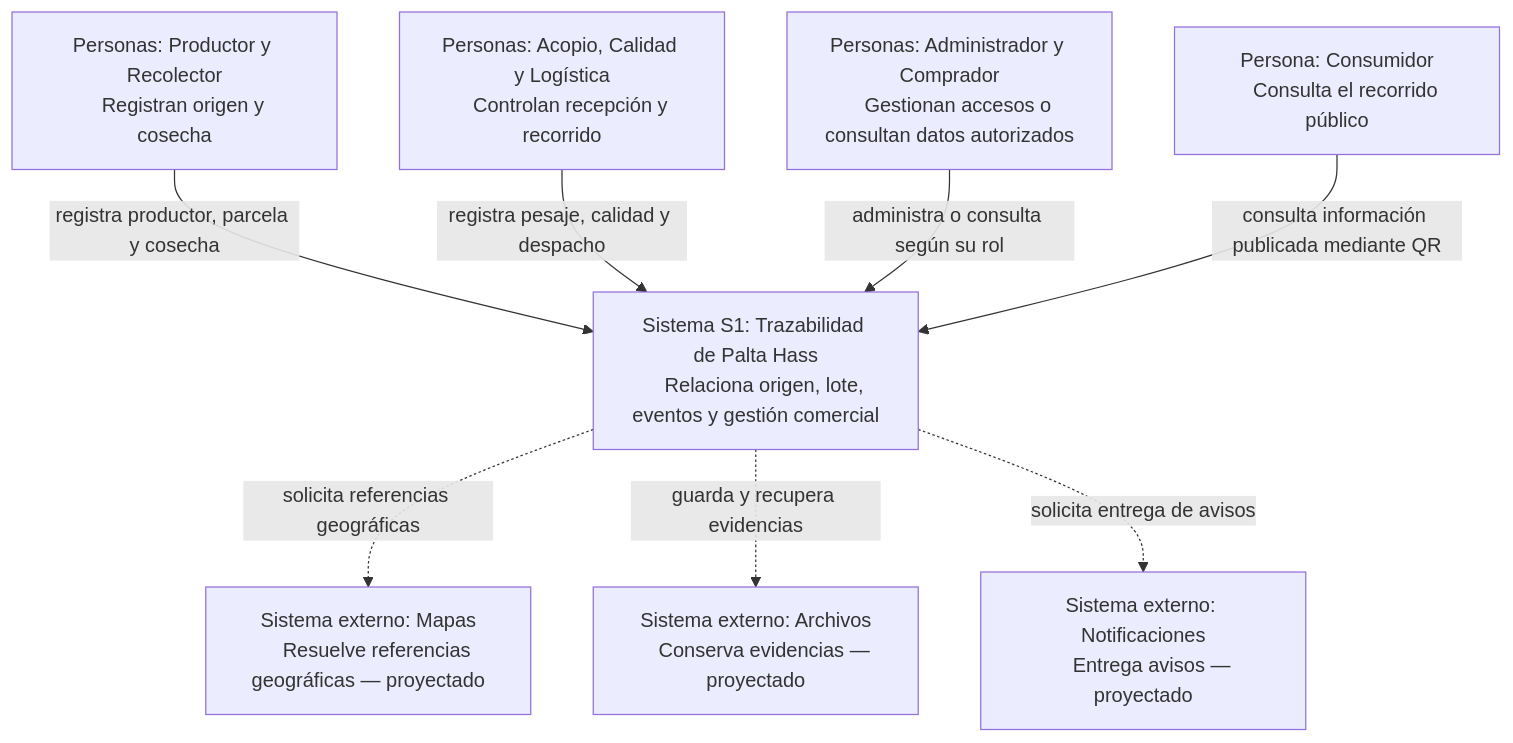
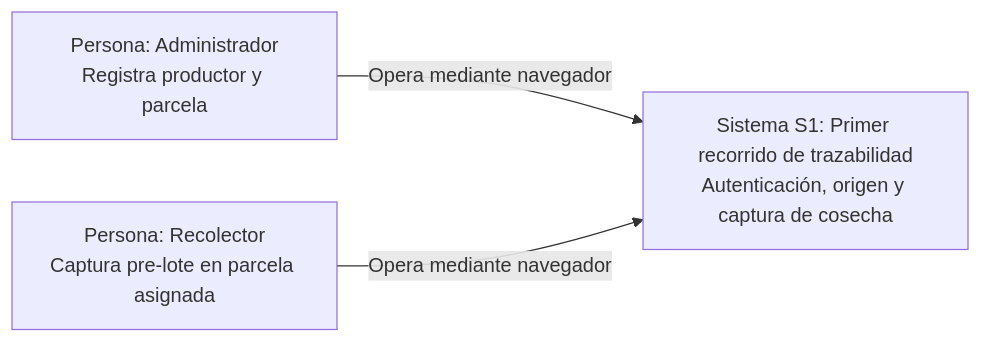
Before and after one commit to carlosgaraundo27-svg/Trazabilidad-Agricola-Arquitectura: the first of 4 diagrams in docs/04-modelo-c4/modelo-c4.md, drawn with Mermaid. The commit also changed other lines of this file and 111 other files, not shown here.

First line of the commit message:
feat: entregar primer recorrido reproducible con Express y PostgreSQL

````diff
--- a/docs/04-modelo-c4/modelo-c4.md
+++ b/docs/04-modelo-c4/modelo-c4.md
@@ -22,26 +15,8 @@
-~~~mermaid
-flowchart TB
-    CAMPO["Personas: Productor y Recolector
-    Registran origen y cosecha"]
-    OPER["Personas: Acopio, Calidad y Logística
-    Controlan recepción y recorrido"]
-    GEST["Personas: Administrador y Comprador
-    Gestionan accesos o consultan datos autorizados"]
-    PUBLICO["Persona: Consumidor
-    Consulta el recorrido público"]
-    S1["Sistema S1: Trazabilidad de Palta Hass
-    Relaciona origen, lote, eventos y gestión comercial"]
-    MAP["Sistema externo: Mapas
-    Resuelve referencias geográficas — proyectado"]
-    ARC["Sistema externo: Archivos
-    Conserva evidencias — proyectado"]
-    AV["Sistema externo: Notificaciones
-    Entrega avisos — proyectado"]
-    CAMPO -->|"registra productor, parcela y cosecha"| S1
-    OPER -->|"registra pesaje, calidad y despacho"| S1
-    GEST -->|"administra o consulta según su rol"| S1
-    PUBLICO -->|"consulta información publicada mediante QR"| S1
-    S1 -.->|"solicita referencias geográficas"| MAP
-    S1 -.->|"guarda y recupera evidencias"| ARC
-    S1 -.->|"solicita entrega de avisos"| AV
-~~~
+```mermaid
+flowchart LR
+  ADMIN["Persona: Administrador<br/>Registra productor y parcela"]
+  CAMPO["Persona: Recolector<br/>Captura pre-lote en parcela asignada"]
+  S1["Sistema S1: Primer recorrido de trazabilidad<br/>Autenticación, origen y captura de cosecha"]
+  ADMIN -->|"Opera mediante navegador"| S1
+  CAMPO -->|"Opera mediante navegador"| S1
+```
````
